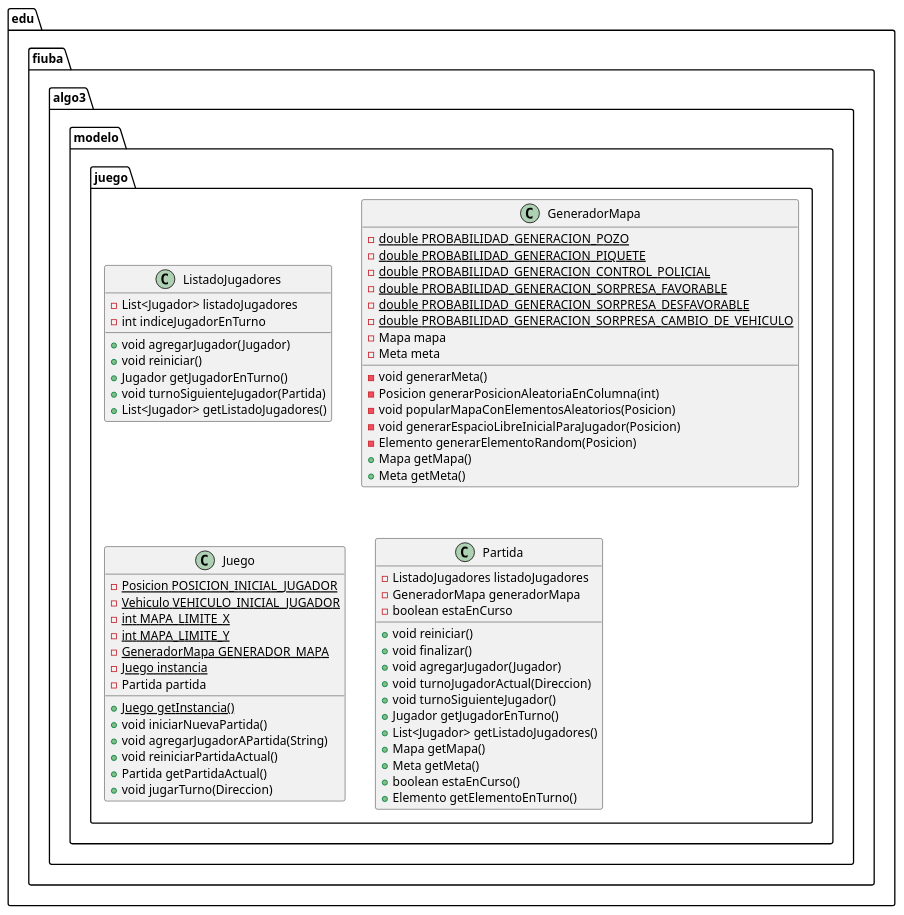
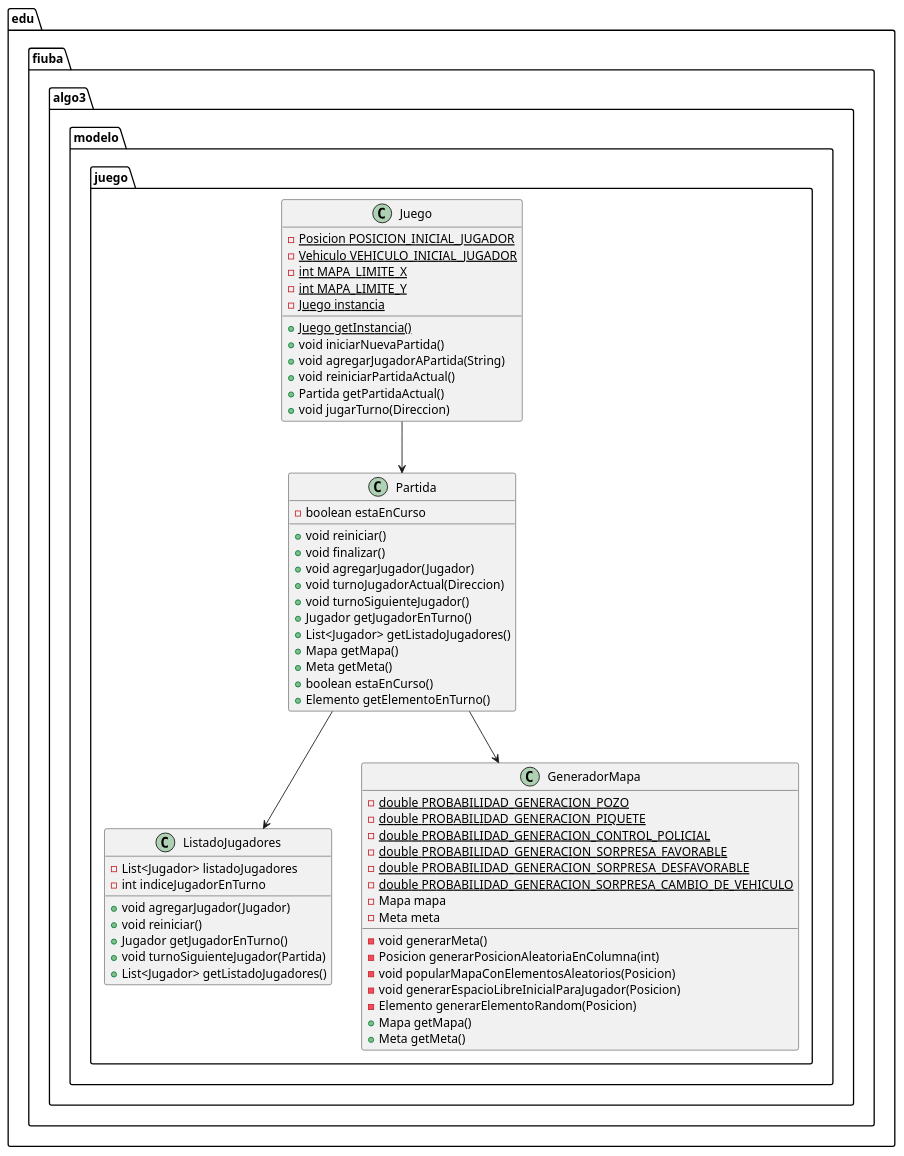
The fifth of 15 diagrams in informe.org (Pablo1107/algo3-tp2), drawn with PlantUML before and after one commit. The commit also changed other lines of this file and 7 other files, not shown here.

```diff
--- a/informe.org
+++ b/informe.org
@@ -301,59 +291,59 @@
 #+begin_src plantuml :file ./diagramas/clases-juego.png
 class edu.fiuba.algo3.modelo.juego.ListadoJugadores {
 - List<Jugador> listadoJugadores
 - int indiceJugadorEnTurno
 + void agregarJugador(Jugador)
 + void reiniciar()
 + Jugador getJugadorEnTurno()
 + void turnoSiguienteJugador(Partida)
 + List<Jugador> getListadoJugadores()
 }
 class edu.fiuba.algo3.modelo.juego.GeneradorMapa {
 - {static} double PROBABILIDAD_GENERACION_POZO
 - {static} double PROBABILIDAD_GENERACION_PIQUETE
 - {static} double PROBABILIDAD_GENERACION_CONTROL_POLICIAL
 - {static} double PROBABILIDAD_GENERACION_SORPRESA_FAVORABLE
 - {static} double PROBABILIDAD_GENERACION_SORPRESA_DESFAVORABLE
 - {static} double PROBABILIDAD_GENERACION_SORPRESA_CAMBIO_DE_VEHICULO
 - Mapa mapa
 - Meta meta
 - void generarMeta()
 - Posicion generarPosicionAleatoriaEnColumna(int)
 - void popularMapaConElementosAleatorios(Posicion)
 - void generarEspacioLibreInicialParaJugador(Posicion)
 - Elemento generarElementoRandom(Posicion)
 + Mapa getMapa()
 + Meta getMeta()
 }
 class edu.fiuba.algo3.modelo.juego.Juego {
 - {static} Posicion POSICION_INICIAL_JUGADOR
 - {static} Vehiculo VEHICULO_INICIAL_JUGADOR
 - {static} int MAPA_LIMITE_X
 - {static} int MAPA_LIMITE_Y
-- {static} GeneradorMapa GENERADOR_MAPA
 - {static} Juego instancia
-- Partida partida
 + {static} Juego getInstancia()
 + void iniciarNuevaPartida()
 + void agregarJugadorAPartida(String)
 + void reiniciarPartidaActual()
 + Partida getPartidaActual()
 + void jugarTurno(Direccion)
 }
 class edu.fiuba.algo3.modelo.juego.Partida {
-- ListadoJugadores listadoJugadores
-- GeneradorMapa generadorMapa
 - boolean estaEnCurso
 + void reiniciar()
 + void finalizar()
 + void agregarJugador(Jugador)
 + void turnoJugadorActual(Direccion)
 + void turnoSiguienteJugador()
 + Jugador getJugadorEnTurno()
 + List<Jugador> getListadoJugadores()
 + Mapa getMapa()
 + Meta getMeta()
 + boolean estaEnCurso()
 + Elemento getElementoEnTurno()
 }
+
+edu.fiuba.algo3.modelo.juego.Juego --> edu.fiuba.algo3.modelo.juego.Partida 
+edu.fiuba.algo3.modelo.juego.Partida --> edu.fiuba.algo3.modelo.juego.GeneradorMapa
+edu.fiuba.algo3.modelo.juego.Partida --> edu.fiuba.algo3.modelo.juego.ListadoJugadores
 #+end_src
```
